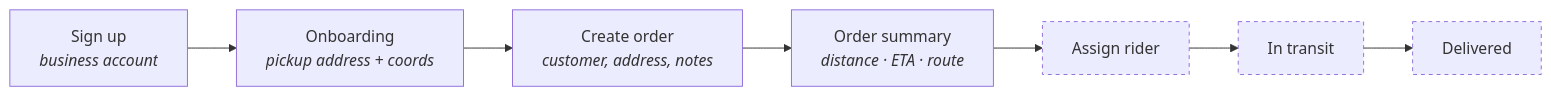
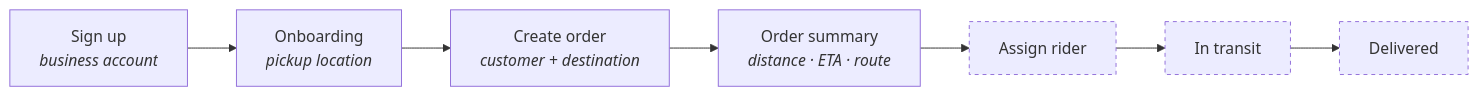
One commit to mutindarisper/dispatchly-showcase changed the first of 3 diagrams in README.md. Above: the diagram before and after it, drawn with Mermaid. The commit also changed other lines of this file, not shown here.

````diff
--- a/README.md
+++ b/README.md
@@ -61,13 +60,13 @@
 ```mermaid
 flowchart LR
-    A["Sign up<br/><i>business account</i>"] --> B["Onboarding<br/><i>pickup address + coords</i>"]
-    B --> C["Create order<br/><i>customer, address, notes</i>"]
+    A["Sign up<br/><i>business account</i>"] --> B["Onboarding<br/><i>pickup location</i>"]
+    B --> C["Create order<br/><i>customer + destination</i>"]
     C --> D["Order summary<br/><i>distance · ETA · route</i>"]
     D --> E["Assign rider"]
     E --> F["In transit"]
     F --> G["Delivered"]
 
     style E stroke-dasharray: 4 4
     style F stroke-dasharray: 4 4
     style G stroke-dasharray: 4 4
 ```
````
